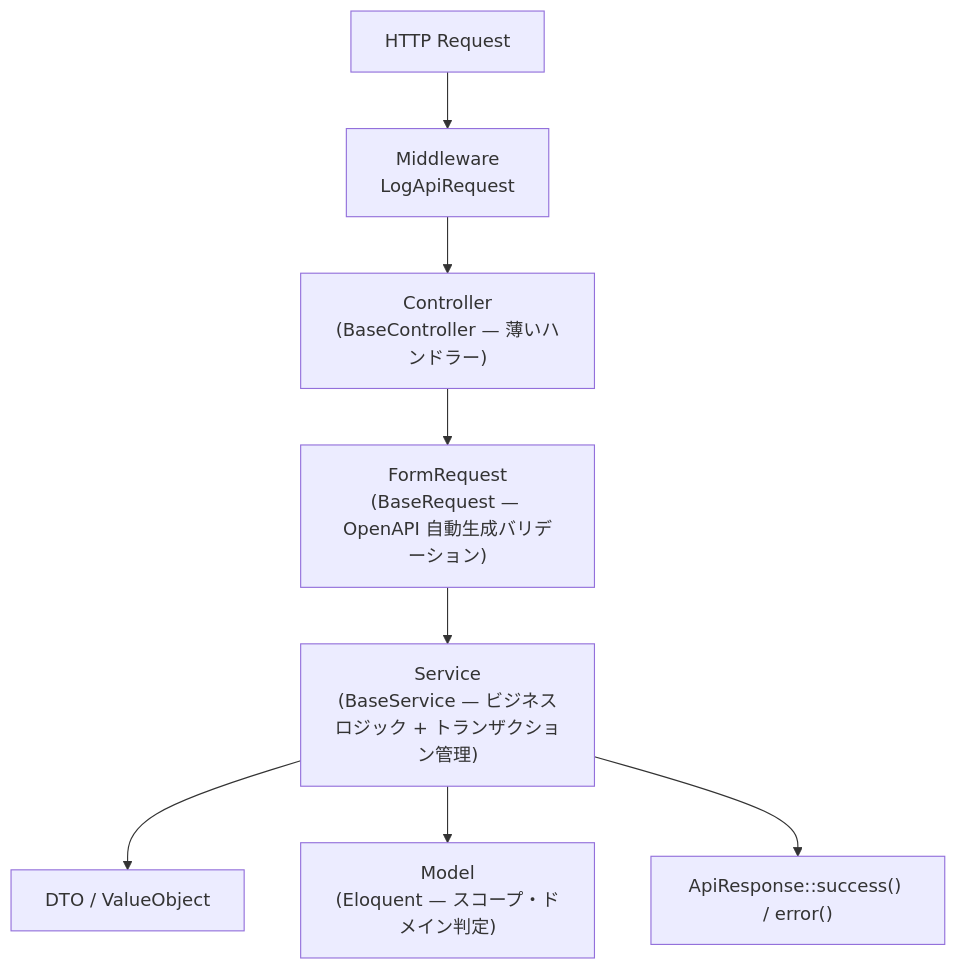
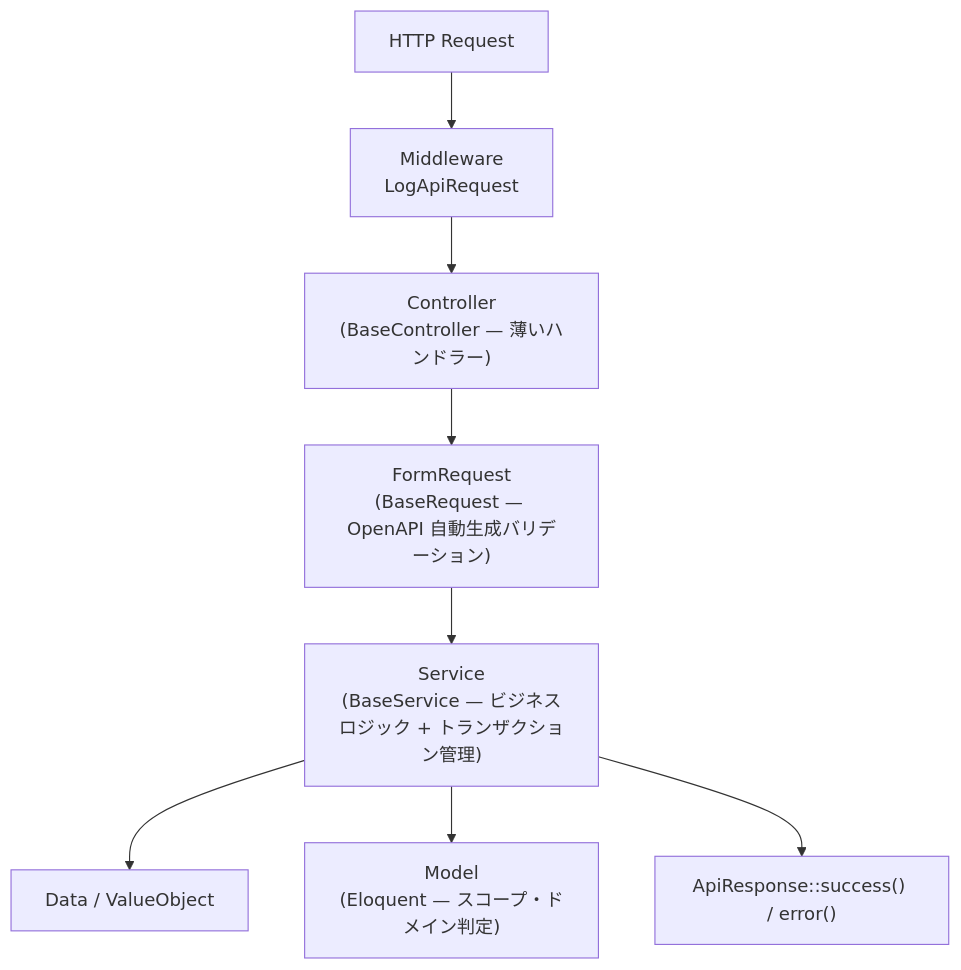
Before and after one commit to miyazakisora111/time-attendance: the diagram in docs/dev/backend-architecture.md, drawn with Mermaid. The commit also changed other lines of this file and 36 other files, not shown here.

````diff
--- a/docs/dev/backend-architecture.md
+++ b/docs/dev/backend-architecture.md
@@ -5,16 +5,16 @@
 ```mermaid
 graph TD
     HTTP["HTTP Request"]
     MW["Middleware<br/>LogApiRequest"]
     CTRL["Controller<br/>(BaseController — 薄いハンドラー)"]
     FR["FormRequest<br/>(BaseRequest — OpenAPI 自動生成バリデーション)"]
     SVC["Service<br/>(BaseService — ビジネスロジック + トランザクション管理)"]
-    DTO["DTO / ValueObject"]
+    Data["Data / ValueObject"]
     MDL["Model<br/>(Eloquent — スコープ・ドメイン判定)"]
     RES["ApiResponse::success() / error()"]
 
     HTTP --> MW --> CTRL --> FR --> SVC
-    SVC --> DTO
+    SVC --> Data
     SVC --> MDL
     SVC --> RES
 ```
````
